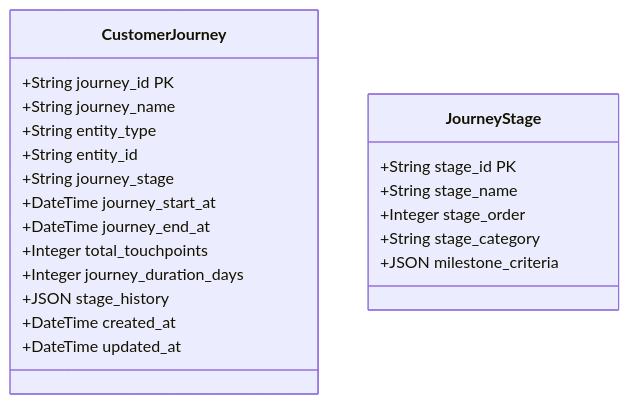
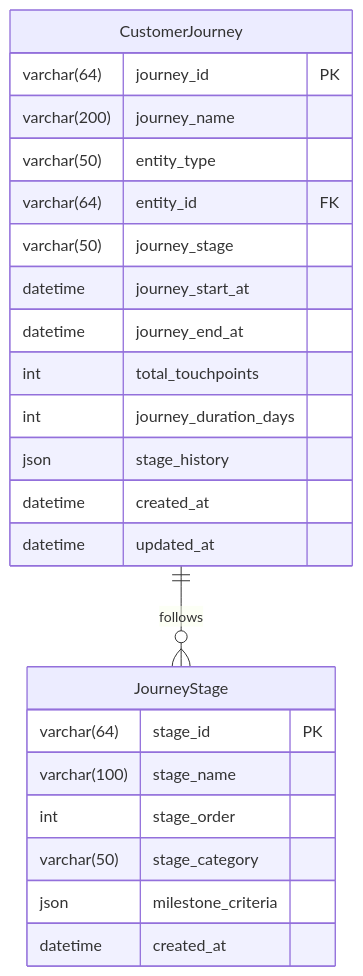
One commit to 312268112/advanced-java changed diagram 16 of 26 in docs/b2b-cdp-entity-design.md. Above: the diagram before and after it, drawn with Mermaid. The commit also changed other lines of this file, not shown here.

Commit message:
Refactor: Improve B2B CDP entity design documentation

````diff
--- a/docs/b2b-cdp-entity-design.md
+++ b/docs/b2b-cdp-entity-design.md
@@ -740,25 +843,28 @@
 ```mermaid
-classDiagram
-    class CustomerJourney {
-        +String journey_id PK
-        +String journey_name
-        +String entity_type
-        +String entity_id
-        +String journey_stage
-        +DateTime journey_start_at
-        +DateTime journey_end_at
-        +Integer total_touchpoints
-        +Integer journey_duration_days
-        +JSON stage_history
-        +DateTime created_at
-        +DateTime updated_at
+erDiagram
+    CustomerJourney ||--o{ JourneyStage : "follows"
+    
+    CustomerJourney {
+        varchar(64) journey_id PK
+        varchar(200) journey_name
+        varchar(50) entity_type
+        varchar(64) entity_id FK
+        varchar(50) journey_stage
+        datetime journey_start_at
+        datetime journey_end_at
+        int total_touchpoints
+        int journey_duration_days
+        json stage_history
+        datetime created_at
+        datetime updated_at
     }
     
-    class JourneyStage {
-        +String stage_id PK
-        +String stage_name
-        +Integer stage_order
-        +String stage_category
-        +JSON milestone_criteria
+    JourneyStage {
+        varchar(64) stage_id PK
+        varchar(100) stage_name
+        int stage_order
+        varchar(50) stage_category
+        json milestone_criteria
+        datetime created_at
     }
 ```
````
